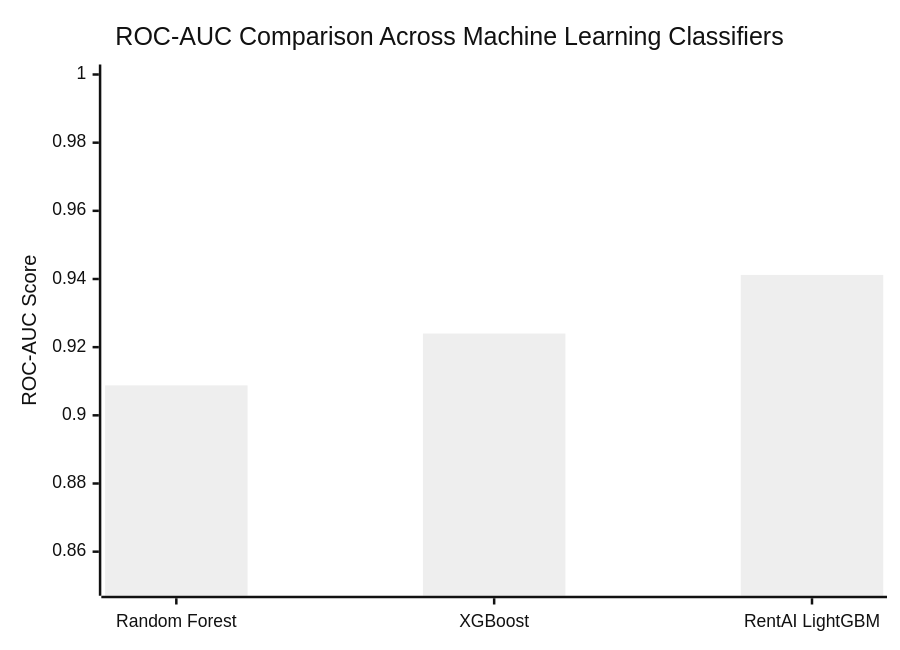
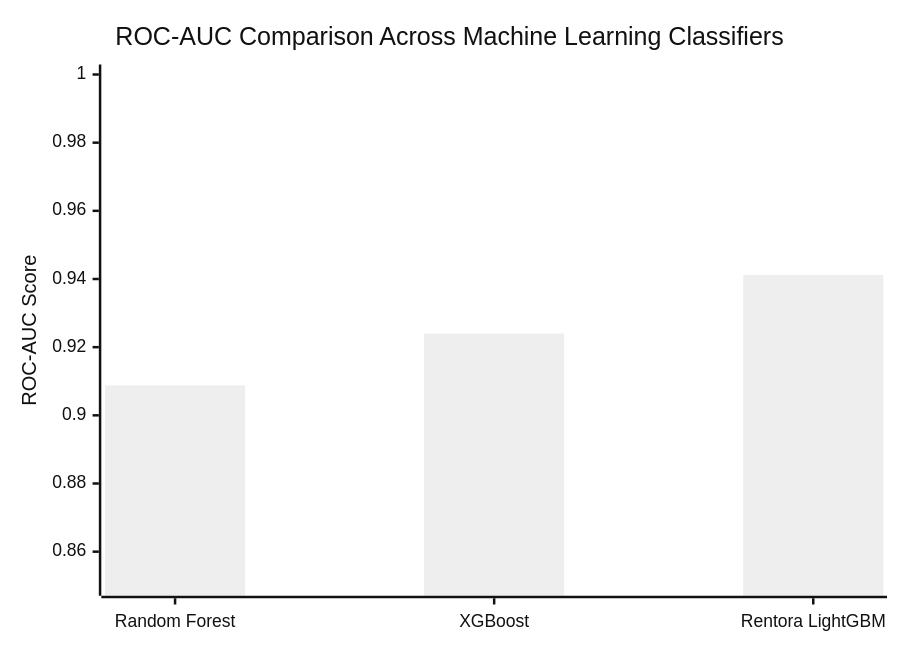
The second of 2 diagrams in docs/research/01_RESEARCH_PAPER.md (Nayak17-07/RentAI), drawn with Mermaid (neutral theme) before and after one commit. The commit also changed other lines of this file and 144 other files, not shown here.

````diff
--- a/docs/research/01_RESEARCH_PAPER.md
+++ b/docs/research/01_RESEARCH_PAPER.md
@@ -99,7 +99,7 @@
 ```mermaid
 xychart-beta
     title "ROC-AUC Comparison Across Machine Learning Classifiers"
-    x-axis ["Random Forest", "XGBoost", "RentAI LightGBM"]
+    x-axis ["Random Forest", "XGBoost", "Rentora LightGBM"]
     y-axis "ROC-AUC Score" 0.85 --> 1.0
     bar [0.9088, 0.9240, 0.9412]
 ```
````
